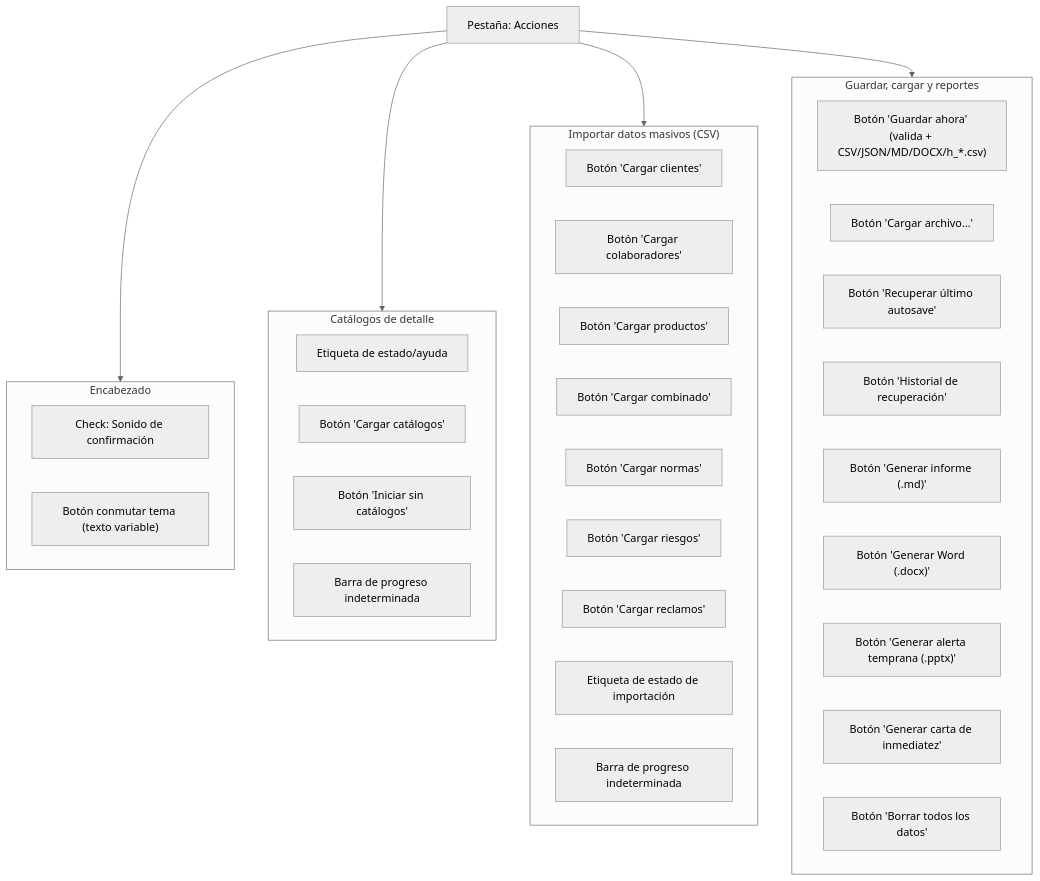
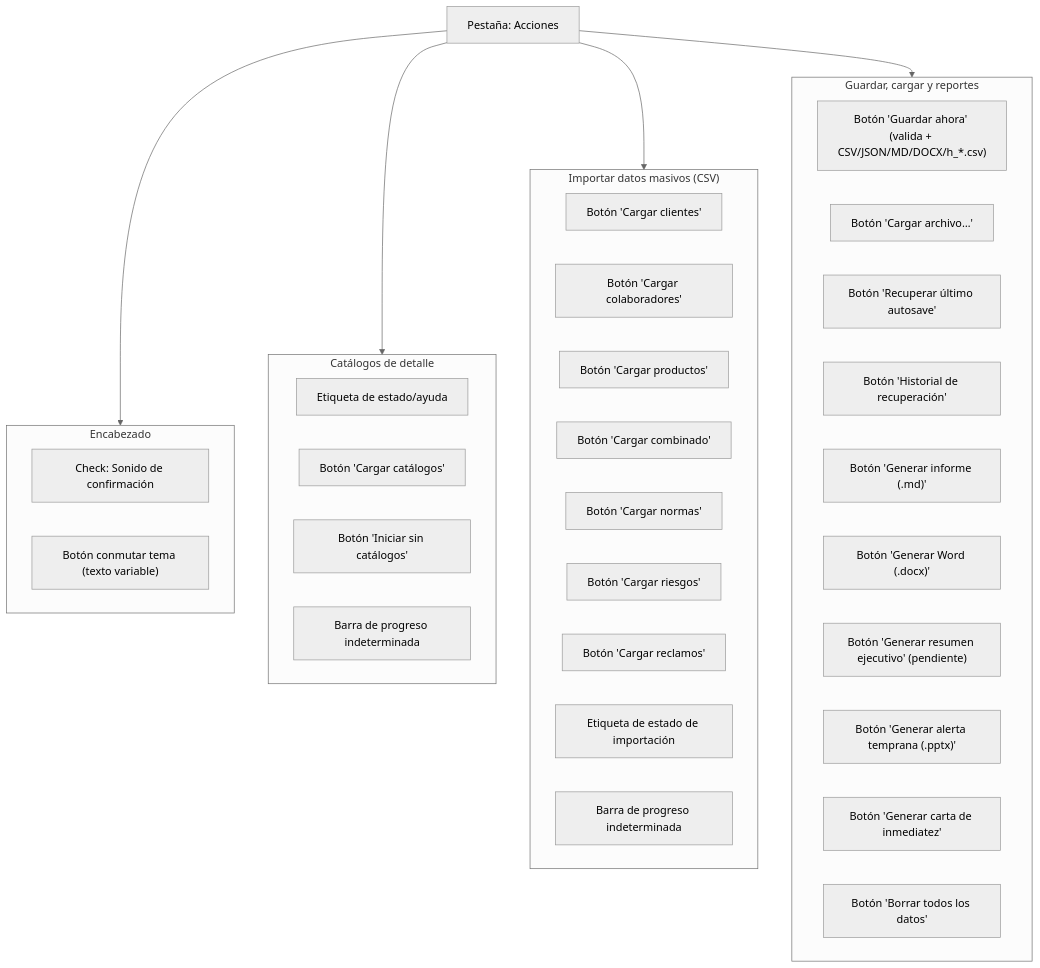
One commit to PillB/Formulario_investigacion changed the diagram in wireframes/tab05_acciones.mmd. Above: the diagram before and after it, drawn with Mermaid (neutral theme). The commit also changed 9 other files, not shown here.

Commit message:
Update diagrams and fix historical export headers

```diff
--- a/wireframes/tab05_acciones.mmd
+++ b/wireframes/tab05_acciones.mmd
@@ -1,42 +1,43 @@
 flowchart TB
     tab["Pestaña: Acciones"]
 
     subgraph header["Encabezado"]
         sonido["Check: Sonido de confirmación"]
         tema["Botón conmutar tema (texto variable)"]
     end
     tab --> header
 
     subgraph catalogos["Catálogos de detalle"]
         estado_catalogos["Etiqueta de estado/ayuda"]
         cargar_catalogos["Botón 'Cargar catálogos'"]
         iniciar_sin["Botón 'Iniciar sin catálogos'"]
         barra_catalogos["Barra de progreso indeterminada"]
     end
     tab --> catalogos
 
     subgraph importacion["Importar datos masivos (CSV)"]
         btn_clientes["Botón 'Cargar clientes'"]
         btn_colabs["Botón 'Cargar colaboradores'"]
         btn_productos["Botón 'Cargar productos'"]
         btn_combo["Botón 'Cargar combinado'"]
         btn_normas["Botón 'Cargar normas'"]
         btn_riesgos["Botón 'Cargar riesgos'"]
         btn_reclamos["Botón 'Cargar reclamos'"]
         estado_import["Etiqueta de estado de importación"]
         barra_import["Barra de progreso indeterminada"]
     end
     tab --> importacion
 
     subgraph acciones["Guardar, cargar y reportes"]
         guardar["Botón 'Guardar ahora' (valida + CSV/JSON/MD/DOCX/h_*.csv)"]
         cargar_archivo["Botón 'Cargar archivo…'"]
         autosave["Botón 'Recuperar último autosave'"]
         historial["Botón 'Historial de recuperación'"]
         export_md["Botón 'Generar informe (.md)'"]
         export_docx["Botón 'Generar Word (.docx)'"]
+        export_resumen["Botón 'Generar resumen ejecutivo' (pendiente)"]
         export_ppt["Botón 'Generar alerta temprana (.pptx)'"]
         carta["Botón 'Generar carta de inmediatez'"]
         borrar["Botón 'Borrar todos los datos'"]
     end
     tab --> acciones
```
